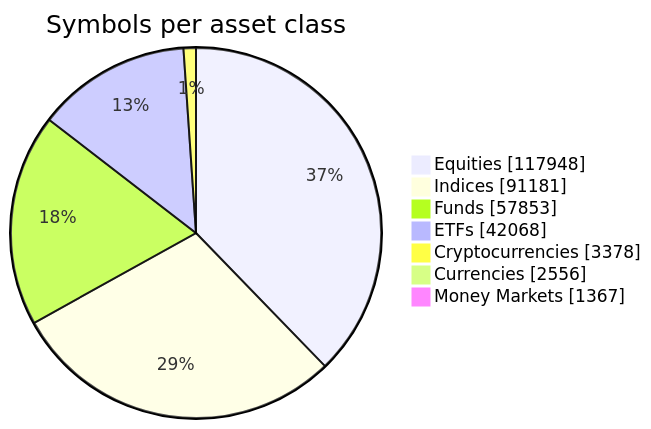
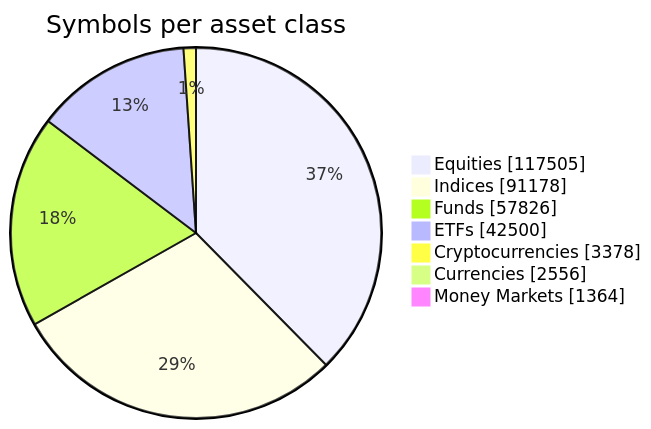
Before and after one commit to JerBouma/FinanceDatabase: the diagram in README.md, drawn with Mermaid. The commit also changed other lines of this file, not shown here.

````diff
--- a/README.md
+++ b/README.md
@@ -49,11 +49,11 @@
 ```mermaid
 pie showData
     title Symbols per asset class
-    "Equities" : 117948
-    "Indices" : 91181
-    "Funds" : 57853
-    "ETFs" : 42068
+    "Equities" : 117505
+    "Indices" : 91178
+    "Funds" : 57826
+    "ETFs" : 42500
     "Cryptocurrencies" : 3378
     "Currencies" : 2556
-    "Money Markets" : 1367
+    "Money Markets" : 1364
 ```
````
